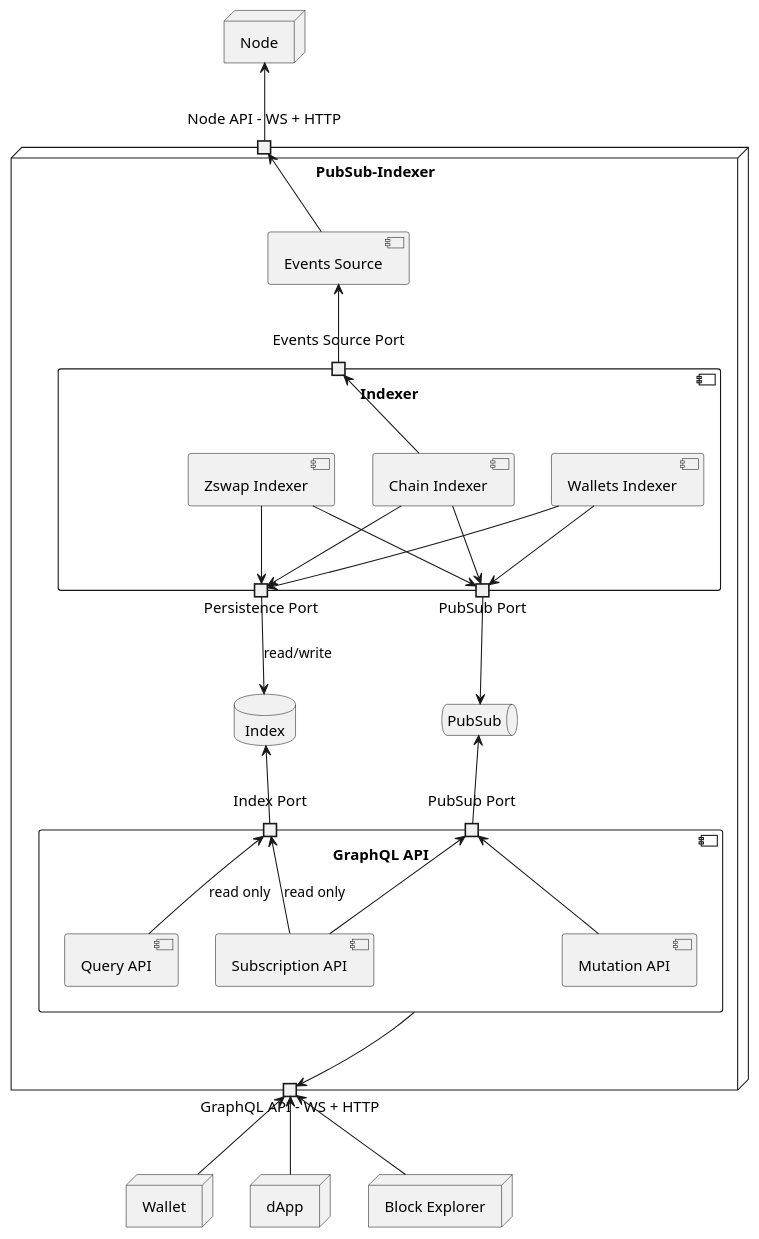
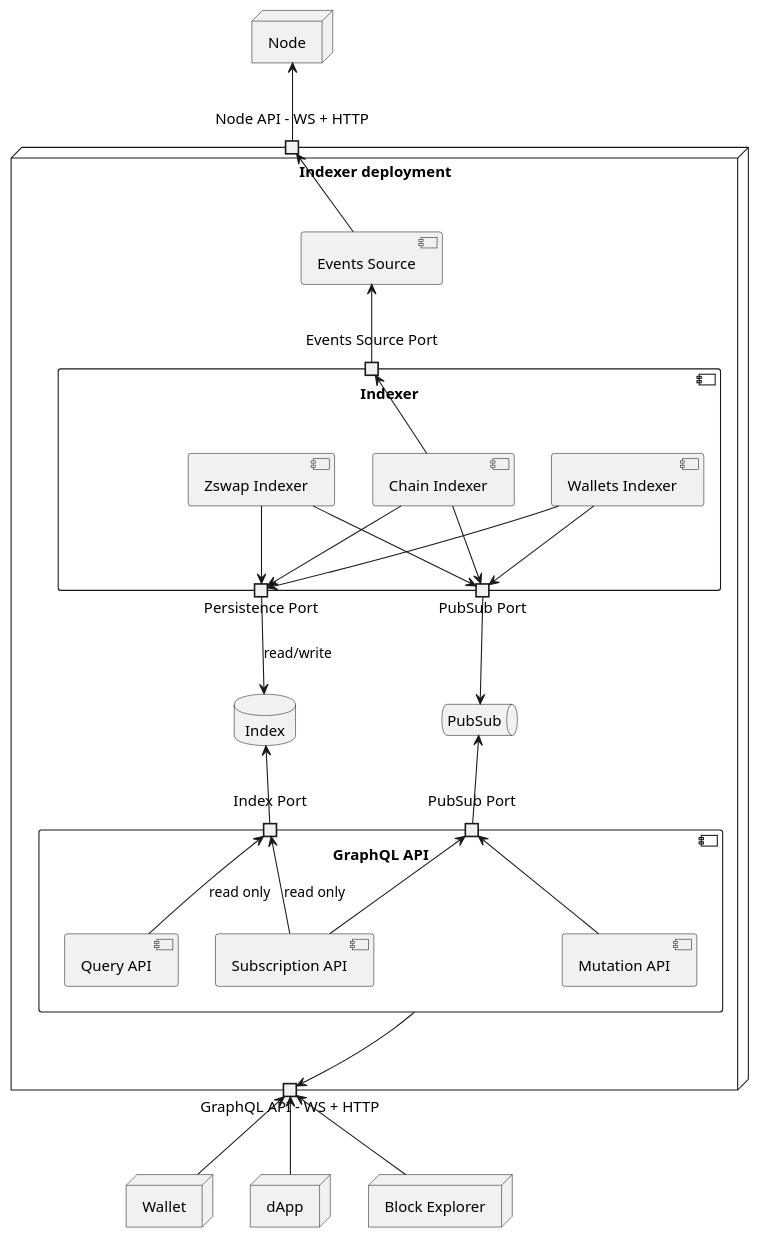
The diagram in components/Indexer/components.puml (midnightntwrk/midnight-architecture), drawn with PlantUML before and after one commit. The commit also changed 6 other files, not shown here.

```diff
--- a/components/Indexer/components.puml
+++ b/components/Indexer/components.puml
@@ -1,74 +1,74 @@
 @startuml
 
 node "Node"
 
-node "PubSub-Indexer" {
+node "Indexer deployment" {
   portin "Node API - WS + HTTP" as node_api
   portout "GraphQL API - WS + HTTP" as graphql_api_port
 
   database Index as index
 
   queue PubSub as pub_sub
 
   component "Events Source" as events_source
 
   component Indexer {
     component "Zswap Indexer" as zswap_indexer
     component "Chain Indexer" as chain_indexer
     component "Wallets Indexer" as wallets_indexer
 
     portin  "Events Source Port" as events_source_indexer_port
     portout "PubSub Port" as pub_sub_indexer_port
     portout "Persistence Port" as persistence_indexer_port
 
     chain_indexer --> events_source_indexer_port
     chain_indexer --> pub_sub_indexer_port
     wallets_indexer --> pub_sub_indexer_port
     zswap_indexer --> pub_sub_indexer_port
 
     chain_indexer --> persistence_indexer_port
     wallets_indexer --> persistence_indexer_port
     zswap_indexer --> persistence_indexer_port
 
     pub_sub_indexer_port -[hidden]-- persistence_indexer_port
   }
 
   component "GraphQL API" as graphql_api {
     component "Mutation API" as mutation_api
     component "Query API" as query_api
     component "Subscription API" as subscription_api
 
     port "Index Port" as index_graphql_port
     port "PubSub Port" as pub_sub_graphql_port
 
     index_graphql_port <-- query_api : read only
     pub_sub_graphql_port <-- subscription_api
     index_graphql_port <-- subscription_api : read only
     pub_sub_graphql_port <-- mutation_api
   }
 
   node_api <-- events_source
   events_source <-- events_source_indexer_port
 
   persistence_indexer_port --> index : read/write
   pub_sub_indexer_port --> pub_sub
 
   index <-- index_graphql_port
   pub_sub <-- pub_sub_graphql_port
 
   graphql_api --> graphql_api_port
 
 }
 
 Node <-- node_api
 
 node Wallet
 graphql_api_port <-- Wallet
 
 node dApp
 graphql_api_port <-- dApp
 
 node "Block Explorer" as explorer
 graphql_api_port <-- explorer
 
 @enduml
```
